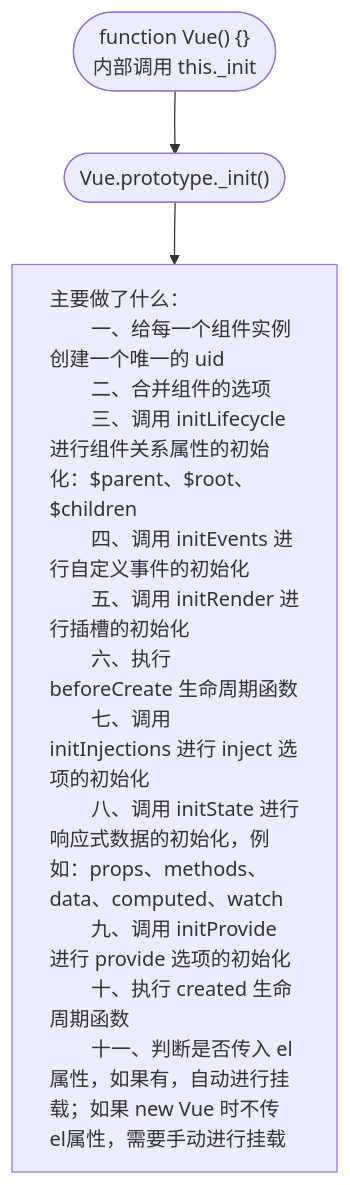
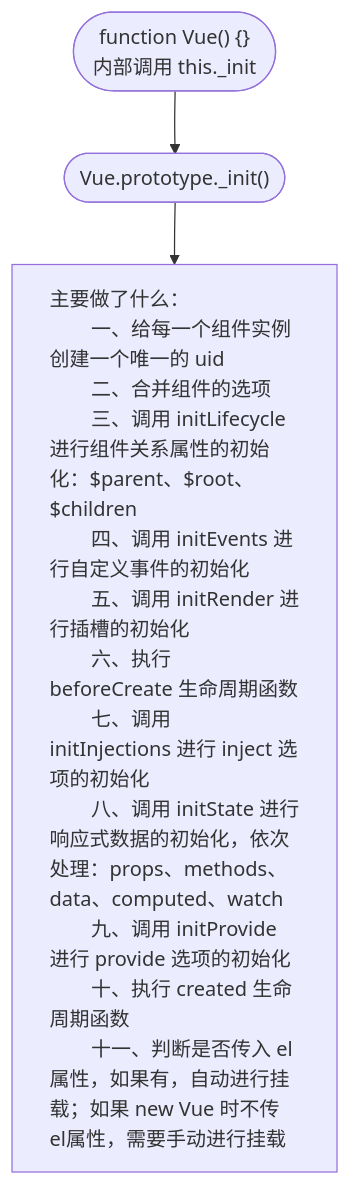
The first of 3 diagrams in vueCore/vue2-core-1.md (z-lunaticasylum/personalBlog), drawn with Mermaid before and after one commit. The commit also changed other lines of this file and 6 other files, not shown here.

````diff
--- a/vueCore/vue2-core-1.md
+++ b/vueCore/vue2-core-1.md
@@ -3,20 +3,20 @@
 ```mermaid
 flowchart TB
         style C text-align:left;
         A(["function Vue() {}
         内部调用 this._init"]) -->
         B(["Vue.prototype._init()"]) -->
         C["主要做了什么：
         一、给每一个组件实例创建一个唯一的 uid
         二、合并组件的选项
         三、调用 initLifecycle 进行组件关系属性的初始化：$parent、$root、$children
         四、调用 initEvents 进行自定义事件的初始化
         五、调用 initRender 进行插槽的初始化
         六、执行 beforeCreate 生命周期函数
         七、调用 initInjections 进行 inject 选项的初始化
-        八、调用 initState 进行响应式数据的初始化，例如：props、methods、data、computed、watch
+        八、调用 initState 进行响应式数据的初始化，依次处理：props、methods、data、computed、watch
         九、调用 initProvide 进行 provide 选项的初始化
         十、执行 created 生命周期函数
         十一、判断是否传入 el 属性，如果有，自动进行挂载；如果 new Vue 时不传 el属性，需要手动进行挂载
         "]
 ```
````
